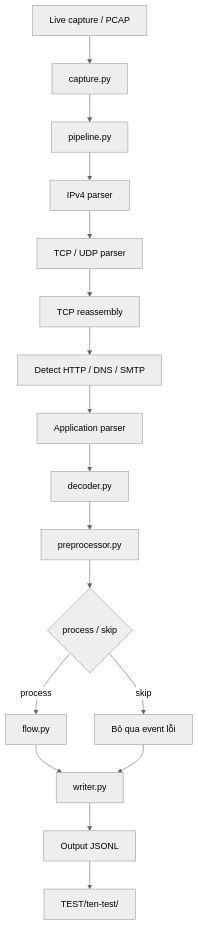
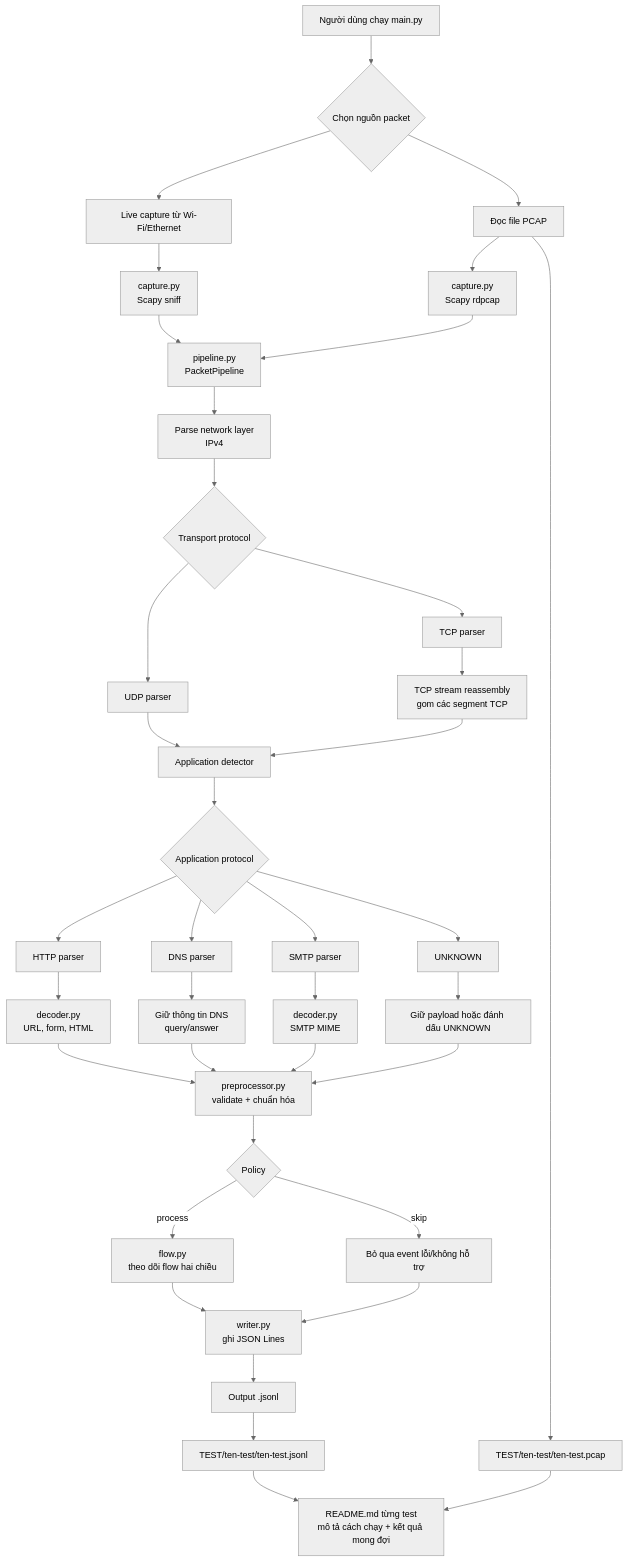
One commit to ComGa999ms/NT204.R11.ANTN_NguyenDangKhoa_24520825 changed the diagram in README.md. Above: the diagram before and after it, drawn with Mermaid (neutral theme).

Commit message:
Add README flow diagram

````diff
--- a/README.md
+++ b/README.md
@@ -34,19 +34,47 @@
 ```mermaid
 flowchart TD
-    A["Live capture / PCAP"] --> B["capture.py"]
-    B --> C["pipeline.py"]
-    C --> D["IPv4 parser"]
-    D --> E["TCP / UDP parser"]
-    E --> F["TCP reassembly"]
-    F --> G["Detect HTTP / DNS / SMTP"]
-    G --> H["Application parser"]
-    H --> I["decoder.py"]
-    I --> J["preprocessor.py"]
-    J --> K{"process / skip"}
-    K -->|process| L["flow.py"]
-    K -->|skip| M["Bỏ qua event lỗi"]
-    L --> N["writer.py"]
-    M --> N
-    N --> O["Output JSONL"]
-    O --> P["TEST/ten-test/"]
+    A["Người dùng chạy main.py"] --> B{"Chọn nguồn packet"}
+    B --> C["Live capture từ Wi-Fi/Ethernet"]
+    B --> D["Đọc file PCAP"]
+    C --> E["capture.py<br/>Scapy sniff"]
+    D --> F["capture.py<br/>Scapy rdpcap"]
+    E --> G["pipeline.py<br/>PacketPipeline"]
+    F --> G
+
+    G --> H["Parse network layer<br/>IPv4"]
+    H --> I{"Transport protocol"}
+    I --> J["TCP parser"]
+    I --> K["UDP parser"]
+
+    J --> L["TCP stream reassembly<br/>gom các segment TCP"]
+    K --> M["Application detector"]
+    L --> M
+
+    M --> N{"Application protocol"}
+    N --> O["HTTP parser"]
+    N --> P["DNS parser"]
+    N --> Q["SMTP parser"]
+    N --> R["UNKNOWN"]
+
+    O --> S["decoder.py<br/>URL, form, HTML"]
+    P --> T["Giữ thông tin DNS<br/>query/answer"]
+    Q --> U["decoder.py<br/>SMTP MIME"]
+    R --> V["Giữ payload hoặc đánh dấu UNKNOWN"]
+
+    S --> W["preprocessor.py<br/>validate + chuẩn hóa"]
+    T --> W
+    U --> W
+    V --> W
+
+    W --> X{"Policy"}
+    X -->|process| Y["flow.py<br/>theo dõi flow hai chiều"]
+    X -->|skip| Z["Bỏ qua event lỗi/không hỗ trợ"]
+    Y --> AA["writer.py<br/>ghi JSON Lines"]
+    Z --> AA
+    AA --> AB["Output .jsonl"]
+
+    AB --> AC["TEST/ten-test/ten-test.jsonl"]
+    D --> AD["TEST/ten-test/ten-test.pcap"]
+    AC --> AE["README.md từng test<br/>mô tả cách chạy + kết quả mong đợi"]
+    AD --> AE
 ```
````
